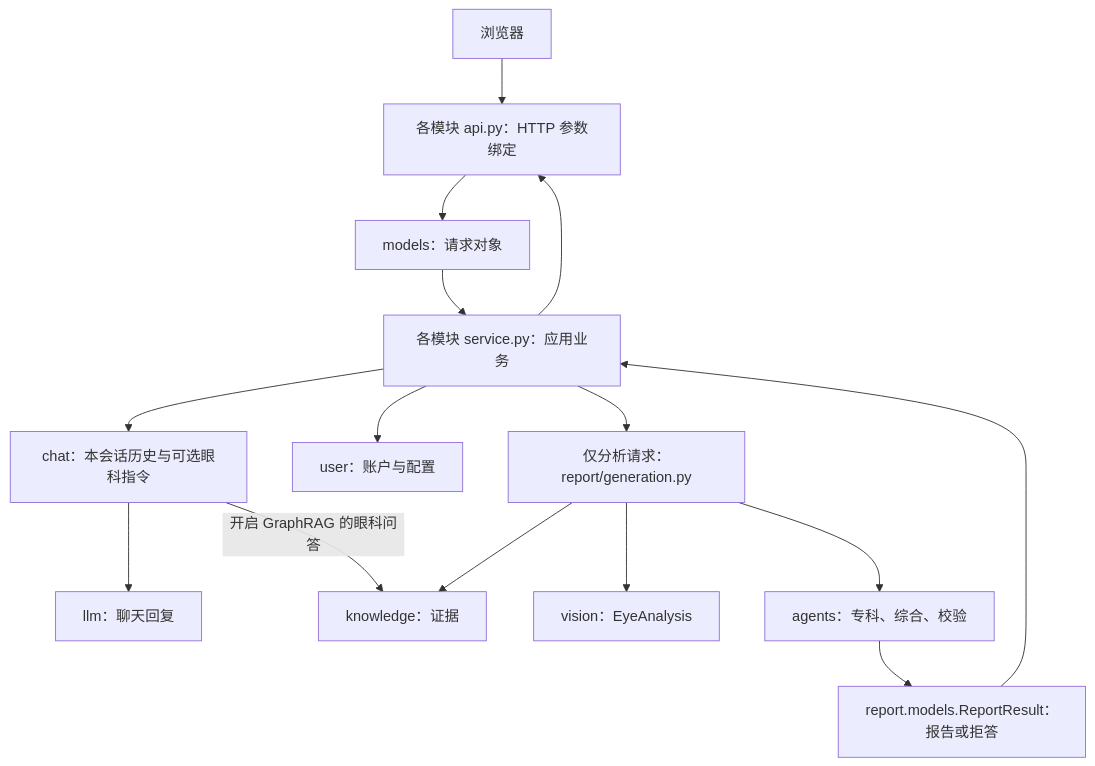
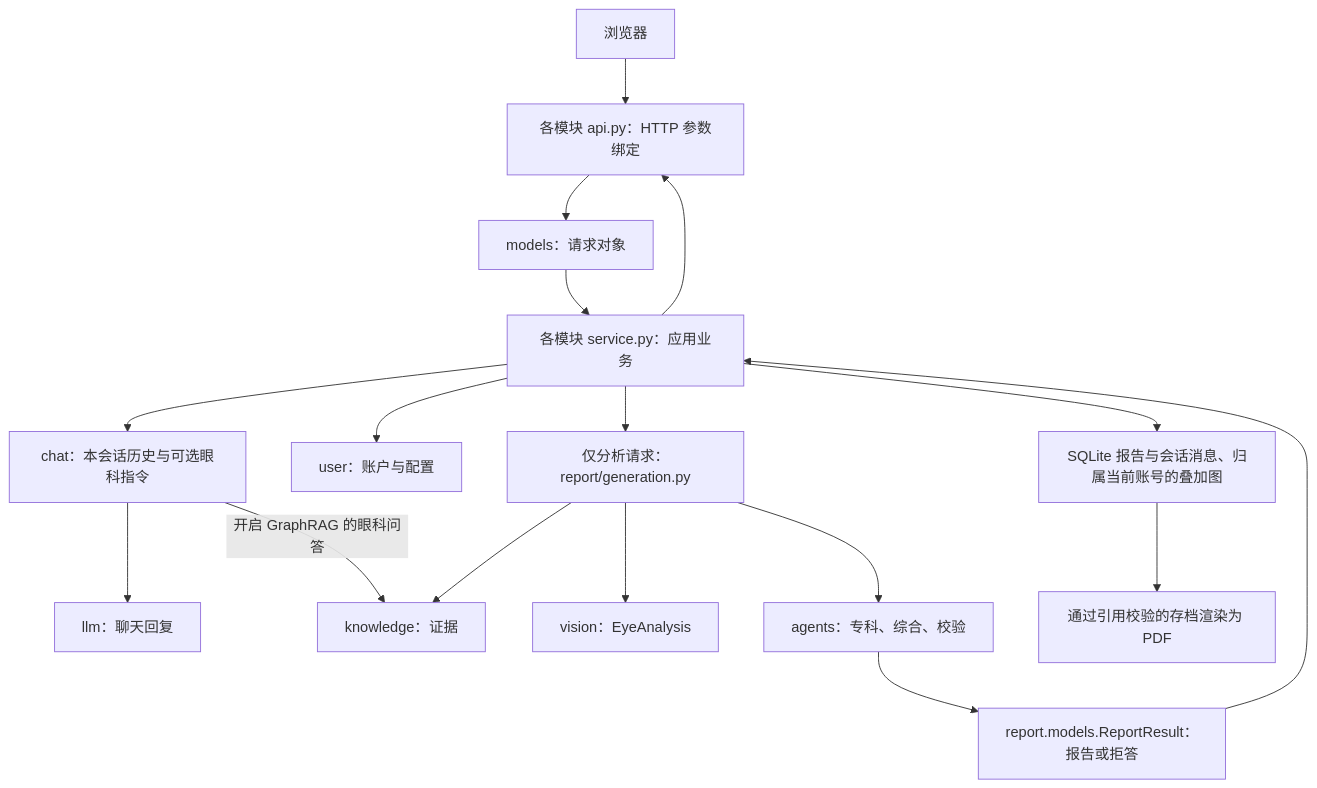
The diagram in docs/ARCHITECTURE.md (tpTwof/OcuPanel), drawn with Mermaid before and after one commit. The commit also changed other lines of this file and 64 other files, not shown here.

````diff
--- a/docs/ARCHITECTURE.md
+++ b/docs/ARCHITECTURE.md
@@ -33,17 +33,19 @@
 ```mermaid
 flowchart TD
   Browser[浏览器] --> API[各模块 api.py：HTTP 参数绑定]
   API --> Request[models：请求对象]
   Request --> Service[各模块 service.py：应用业务]
   Service --> Chat[chat：本会话历史与可选眼科指令]
   Chat --> LLM[llm：聊天回复]
   Chat -->|开启 GraphRAG 的眼科问答| Knowledge
   Service --> Account[user：账户与配置]
   Service --> Generation[仅分析请求：report/generation.py]
   Generation --> Vision[vision：EyeAnalysis]
   Generation --> Knowledge[knowledge：证据]
   Generation --> Agents[agents：专科、综合、校验]
   Agents --> Result[report.models.ReportResult：报告或拒答]
   Result --> Service
+  Service --> Archive[SQLite 报告与会话消息、归属当前账号的叠加图]
+  Archive --> PDF[通过引用校验的存档渲染为 PDF]
   Service --> API
 ```
````
